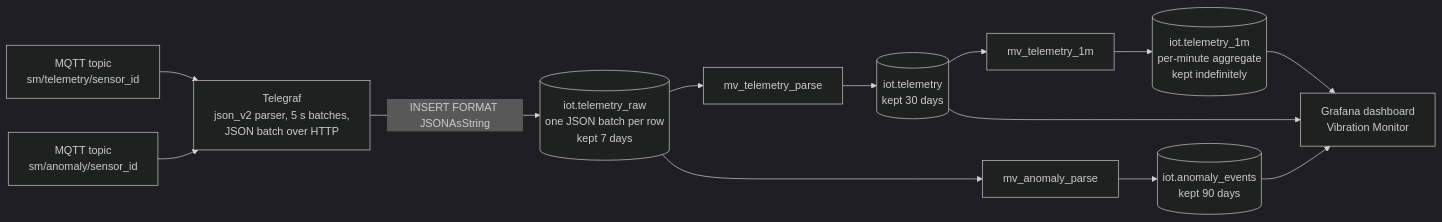
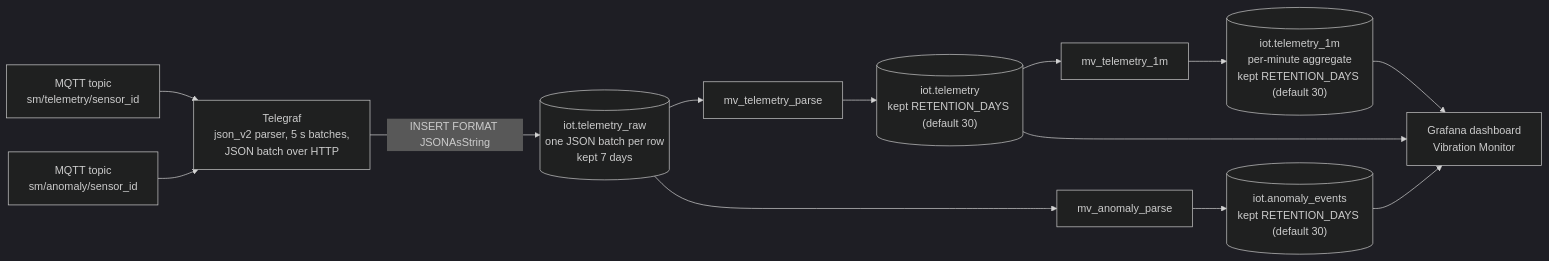
The fifth of 8 diagrams in docs/ARCHITECTURE.md (casablanque-code/avenge), drawn with Mermaid (dark theme) before and after one commit. The commit also changed 10 other files, not shown here.

First line of the commit message:
feat(core): RETENTION_DAYS, bounded storage

````diff
--- a/docs/ARCHITECTURE.md
+++ b/docs/ARCHITECTURE.md
@@ -148,28 +148,28 @@
 ```mermaid
 flowchart LR
     t1["MQTT topic<br/>sm/telemetry/sensor_id"]
     t2["MQTT topic<br/>sm/anomaly/sensor_id"]
     tg["Telegraf<br/>json_v2 parser, 5 s batches,<br/>JSON batch over HTTP"]
 
     raw[("iot.telemetry_raw<br/>one JSON batch per row<br/>kept 7 days")]
     mvt["mv_telemetry_parse"]
     mva["mv_anomaly_parse"]
-    tel[("iot.telemetry<br/>kept 30 days")]
-    ev[("iot.anomaly_events<br/>kept 90 days")]
+    tel[("iot.telemetry<br/>kept RETENTION_DAYS (default 30)")]
+    ev[("iot.anomaly_events<br/>kept RETENTION_DAYS (default 30)")]
     mv1["mv_telemetry_1m"]
-    t1m[("iot.telemetry_1m<br/>per-minute aggregate<br/>kept indefinitely")]
+    t1m[("iot.telemetry_1m<br/>per-minute aggregate<br/>kept RETENTION_DAYS (default 30)")]
     graf["Grafana dashboard<br/>Vibration Monitor"]
 
     t1 --> tg
     t2 --> tg
     tg -->|"INSERT FORMAT JSONAsString"| raw
     raw --> mvt
     raw --> mva
     mvt --> tel
     mva --> ev
     tel --> mv1
     mv1 --> t1m
     tel --> graf
     ev --> graf
     t1m --> graf
 ```
````
